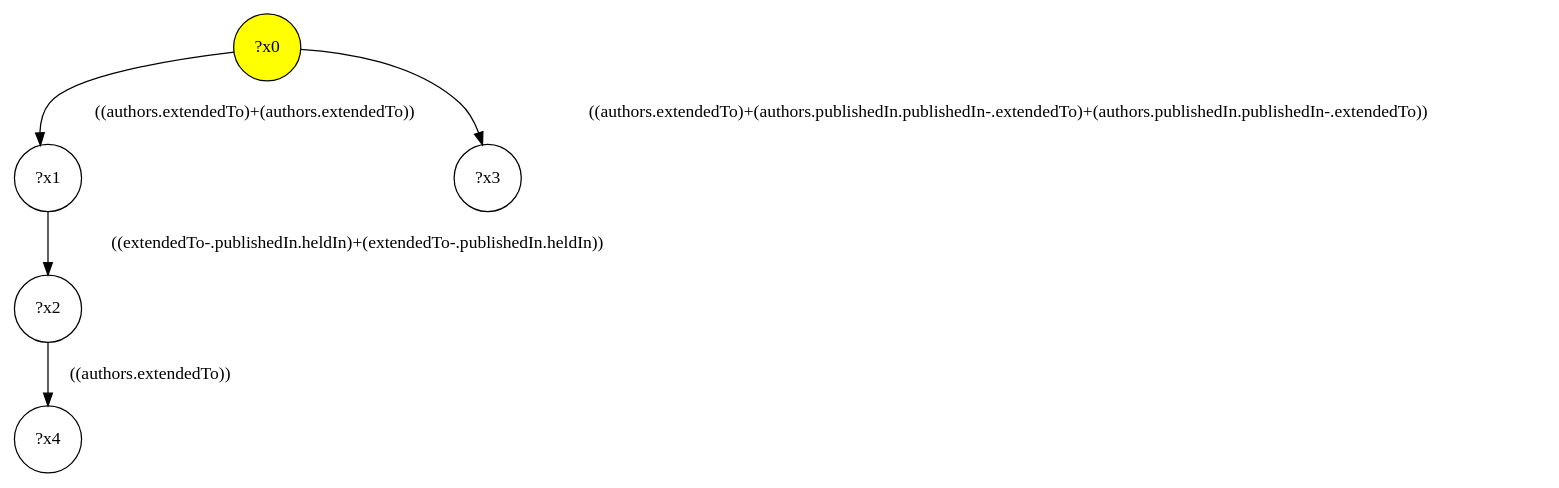
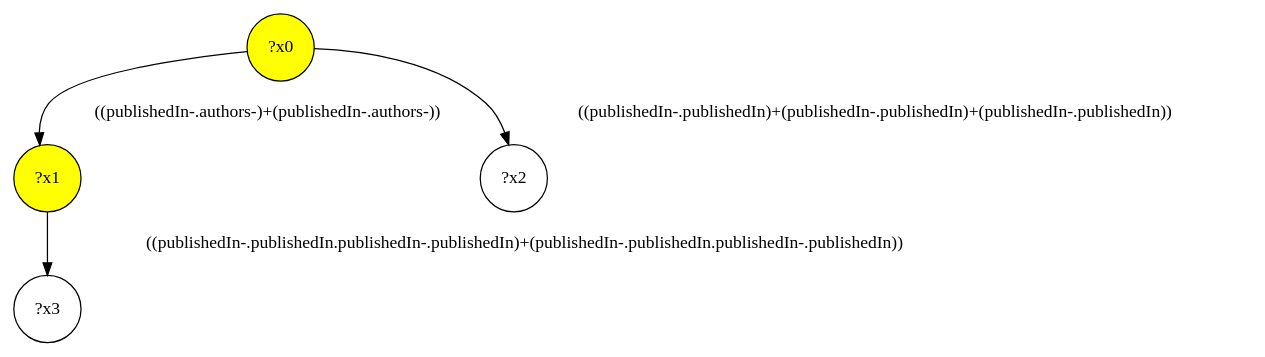
The diagram in src/queryinterface/interface-queries/query-22.dot (gbagan/gmark), drawn with Graphviz before and after one commit. The commit also changed 150 other files, not shown here.

```diff
--- a/src/queryinterface/interface-queries/query-22.dot
+++ b/src/queryinterface/interface-queries/query-22.dot
@@ -1,11 +1,9 @@
 digraph g {
 	x0 [fillcolor="yellow", style="filled," shape=circle, label="?x0"];
-	x1 [shape=circle, label="?x1"];
-	x0 -> x1 [label="((authors.extendedTo)+(authors.extendedTo))"];
+	x1 [fillcolor="yellow", style="filled," shape=circle, label="?x1"];
+	x0 -> x1 [label="((publishedIn-.authors-)+(publishedIn-.authors-))"];
 	x2 [shape=circle, label="?x2"];
-	x1 -> x2 [label="((extendedTo-.publishedIn.heldIn)+(extendedTo-.publishedIn.heldIn))"];
+	x0 -> x2 [label="((publishedIn-.publishedIn)+(publishedIn-.publishedIn)+(publishedIn-.publishedIn))"];
 	x3 [shape=circle, label="?x3"];
-	x0 -> x3 [label="((authors.extendedTo)+(authors.publishedIn.publishedIn-.extendedTo)+(authors.publishedIn.publishedIn-.extendedTo))"];
-	x4 [shape=circle, label="?x4"];
-	x2 -> x4 [label="((authors.extendedTo))"];
+	x1 -> x3 [label="((publishedIn-.publishedIn.publishedIn-.publishedIn)+(publishedIn-.publishedIn.publishedIn-.publishedIn))"];
 }
```
